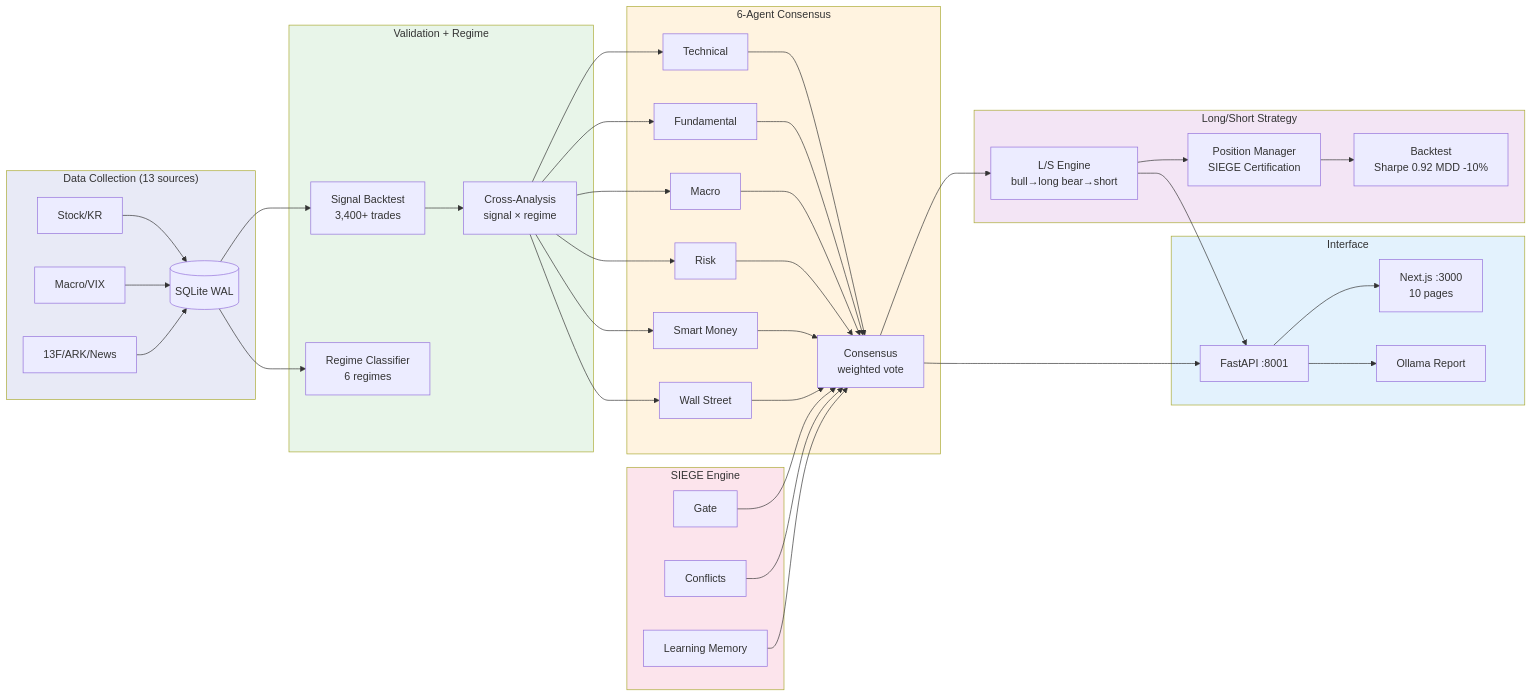
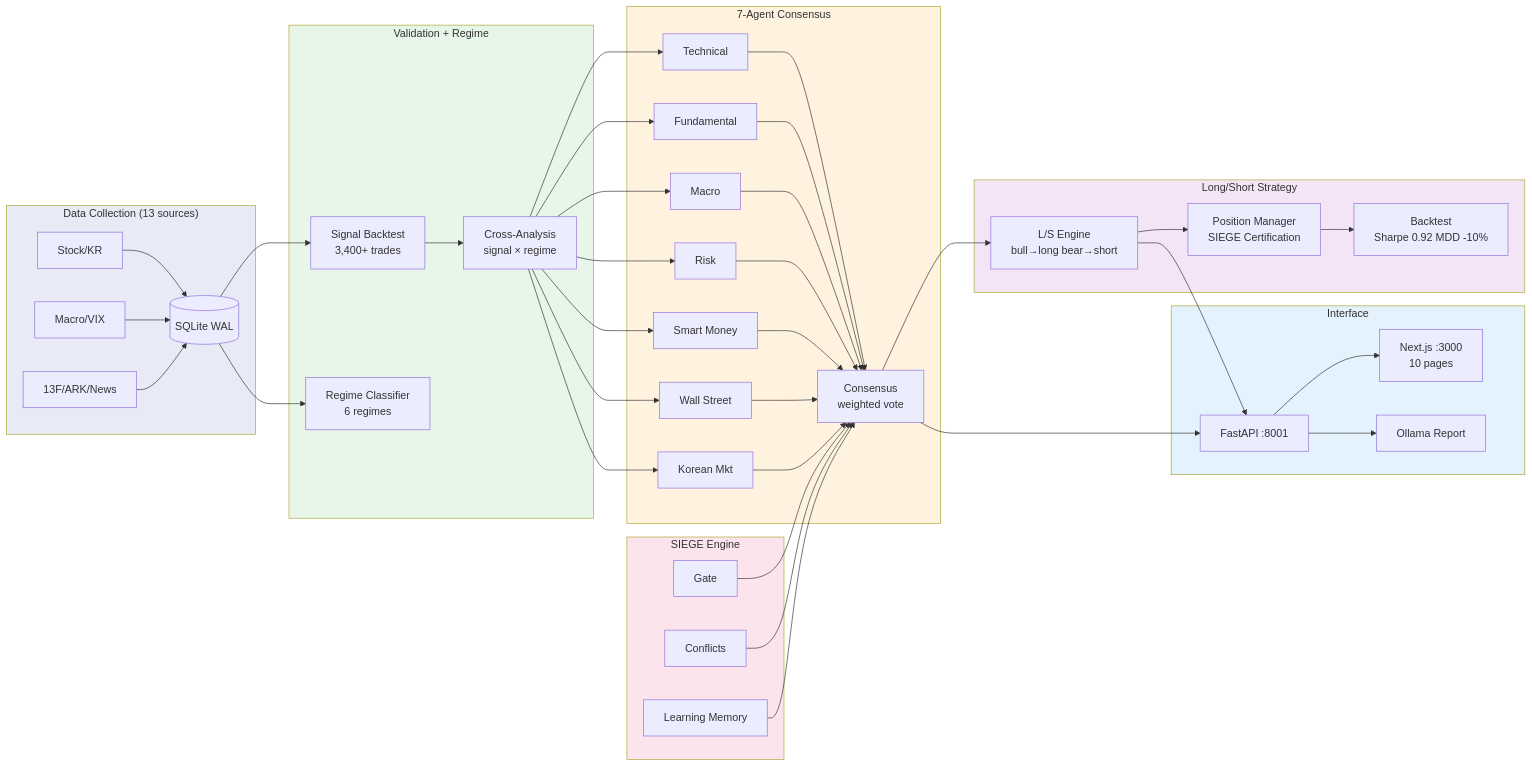
The diagram in README.md (researcherhojin/nuri-quant), drawn with Mermaid before and after one commit. The commit also changed other lines of this file and 126 other files, not shown here.

````diff
--- a/README.md
+++ b/README.md
@@ -88,49 +90,50 @@
 ```mermaid
 graph LR
     subgraph Data["Data Collection (13 sources)"]
         style Data fill:#e8eaf6
         S[Stock/KR] --> DB[(SQLite WAL)]
         M[Macro/VIX] --> DB
         F[13F/ARK/News] --> DB
     end
 
     subgraph Quant["Validation + Regime"]
         style Quant fill:#e8f5e9
         DB --> BT[Signal Backtest<br/>3,400+ trades]
         DB --> RC[Regime Classifier<br/>6 regimes]
         BT --> XA[Cross-Analysis<br/>signal × regime]
     end
 
-    subgraph Agents["6-Agent Consensus"]
+    subgraph Agents["7-Agent Consensus"]
         style Agents fill:#fff3e0
         XA --> TA[Technical]
         XA --> FA[Fundamental]
         XA --> MA[Macro]
         XA --> RA[Risk]
         XA --> SM[Smart Money]
         XA --> WS[Wall Street]
-        TA & FA & MA & RA & SM & WS --> CS[Consensus<br/>weighted vote]
+        XA --> KR[Korean Mkt]
+        TA & FA & MA & RA & SM & WS & KR --> CS[Consensus<br/>weighted vote]
     end
 
     subgraph Engine["SIEGE Engine"]
         style Engine fill:#fce4ec
         GT[Gate] --> CS
         CF[Conflicts] --> CS
         LM[Learning Memory] --> CS
     end
 
     subgraph Strategy["Long/Short Strategy"]
         style Strategy fill:#f3e5f5
         CS --> LS[L/S Engine<br/>bull→long bear→short]
         LS --> PM[Position Manager<br/>SIEGE Certification]
         PM --> BK[Backtest<br/>Sharpe 0.92 MDD -10%]
     end
 
     subgraph Interface["Interface"]
         style Interface fill:#e3f2fd
         CS --> API[FastAPI :8001]
         LS --> API
         API --> NX[Next.js :3000<br/>10 pages]
         API --> LLM[Ollama Report]
     end
 ```
````
